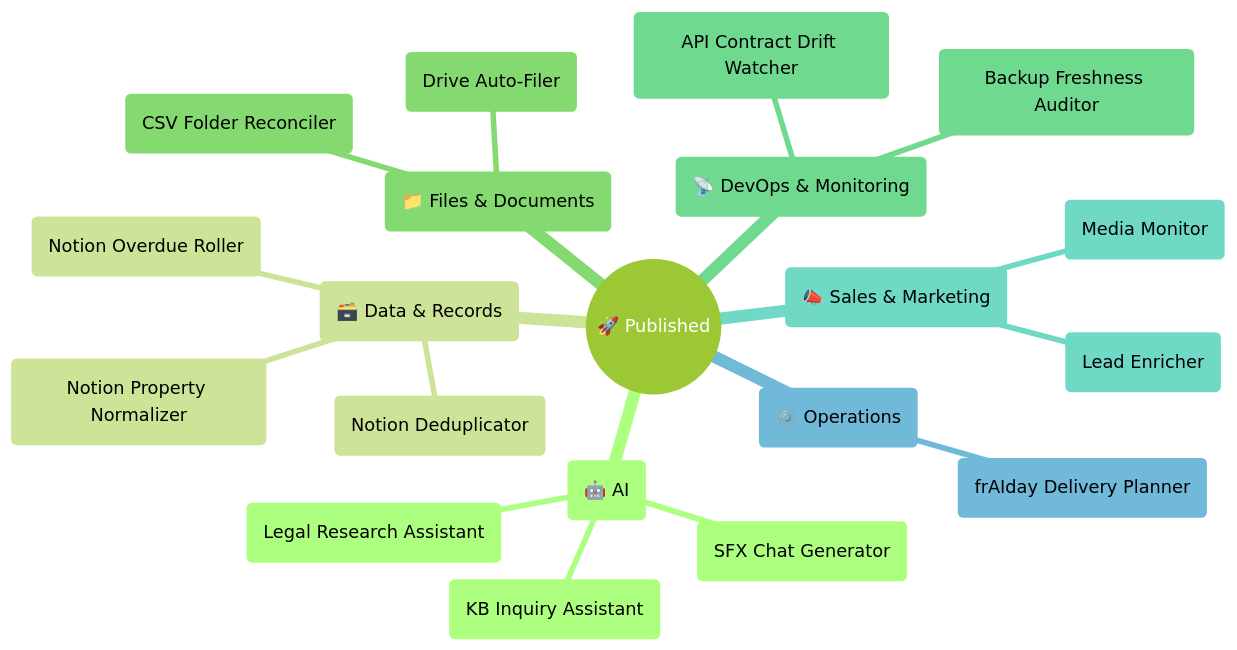
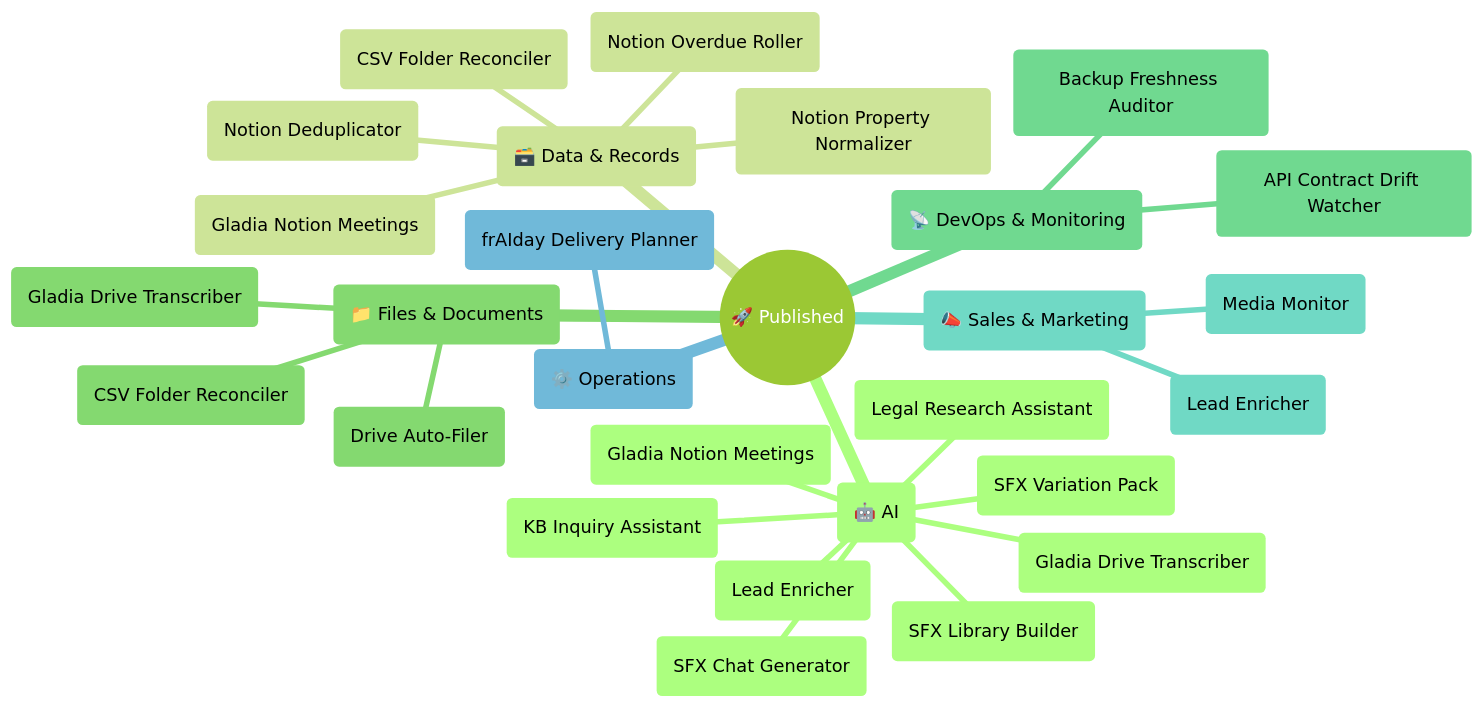
The diagram in README.md (exekyute/n8n-exekyute-templates), drawn with Mermaid (forest theme) before and after one commit. The commit also changed other lines of this file and 16 other files, not shown here.

````diff
--- a/README.md
+++ b/README.md
@@ -9,23 +9,31 @@
 ```mermaid
 mindmap
   root((🚀 Published))
     (🤖 AI)
       (KB Inquiry Assistant)
       (Legal Research Assistant)
       (SFX Chat Generator)
+      (SFX Variation Pack)
+      (SFX Library Builder)
+      (Gladia Drive Transcriber)
+      (Gladia Notion Meetings)
+      (Lead Enricher)
     (🗃️ Data & Records)
       (Notion Deduplicator)
       (Notion Overdue Roller)
       (Notion Property Normalizer)
+      (Gladia Notion Meetings)
+      (CSV Folder Reconciler)
     (📁 Files & Documents)
       (CSV Folder Reconciler)
       (Drive Auto-Filer)
+      (Gladia Drive Transcriber)
     (📡 DevOps & Monitoring)
       (API Contract Drift Watcher)
       (Backup Freshness Auditor)
     (📣 Sales & Marketing)
       (Lead Enricher)
       (Media Monitor)
     (⚙️ Operations)
       (frAIday Delivery Planner)
 ```
````
